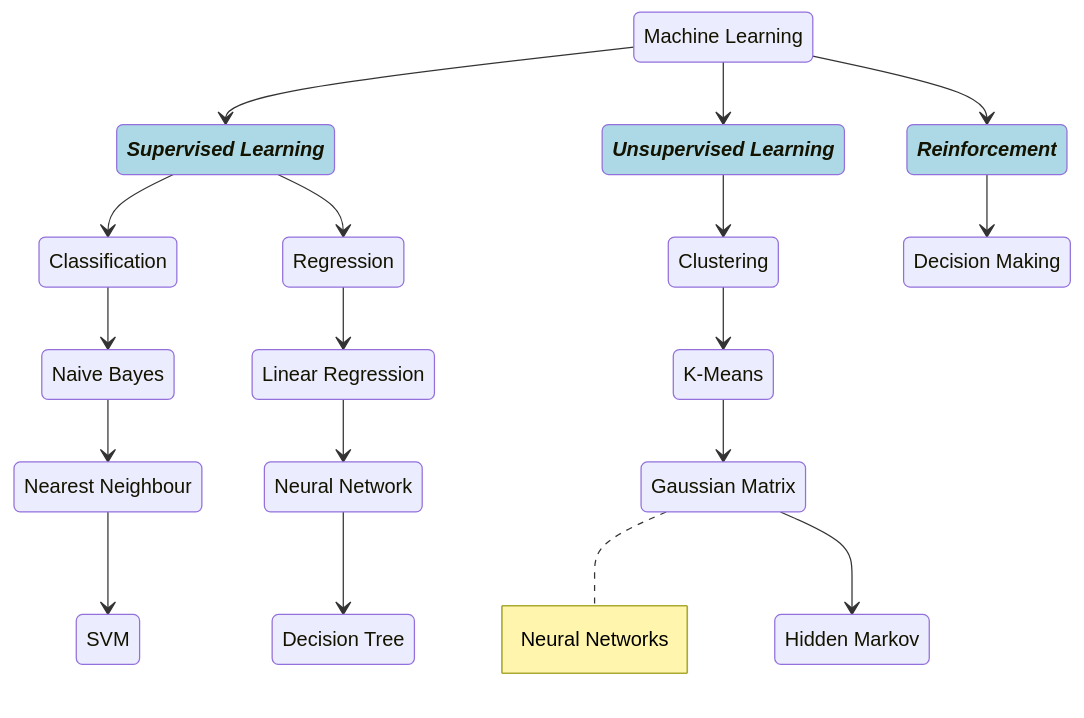
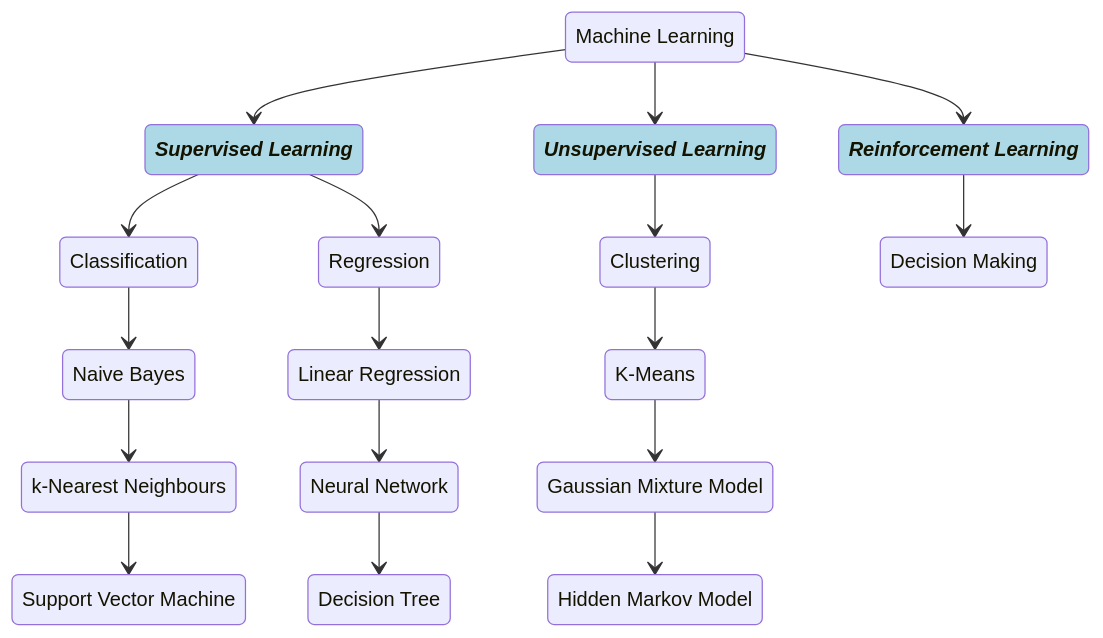
Before and after one commit to arshadhs/arshadhs.github.io: the diagram in content/docs/ai/ml.md, drawn with Mermaid. The commit also changed other lines of this file and 12 other files, not shown here.

```diff
--- a/content/docs/ai/ml.md
+++ b/content/docs/ai/ml.md
@@ -16,37 +15,41 @@
-{{<mermaid>}}
+{{< mermaid >}}
 stateDiagram-v2
-	classDef ahsState font-style:italic,font-weight:bold,fill:lightblue
-    State1: Machine Learning
-	State1 --> SL:::ahsState
-	SL: Supervised Learning
+    classDef ahsState font-style:italic,font-weight:bold,fill:lightblue
 
-	SL --> 	Classification
-	Classification --> NB
-	NB: Naive Bayes
-	NB --> NN
-	NN: Nearest Neighbour
-	NN --> SVM
-	SL --> 	Regression
-	Regression --> LR
-	LR: Linear Regression
-	LR --> NNetwork
-	NNetwork: Neural Network
-	NNetwork --> DT
-	DT: Decision Tree
-	State1 --> USL:::ahsState
-	USL: Unsupervised Learning
-	USL --> Clustering
-	Clustering --> KM
-	KM: K-Means
-	KM --> GM
-	GM : Gaussian Matrix
-	note right of GM
-		Neural Networks
-	end note
-	GM --> HM
-	HM : Hidden Markov
-	State1 --> Reinforcement:::ahsState
-	Reinforcement --> DM
-	DM: Decision Making
+    ML: Machine Learning
 
-{{</mermaid>}}
+    ML --> SL:::ahsState
+    SL: Supervised Learning
+
+    SL --> Classification
+    Classification --> NB
+    NB: Naive Bayes
+    NB --> KNN
+    KNN: k-Nearest Neighbours
+    KNN --> SVM
+    SVM: Support Vector Machine
+
+    SL --> Regression
+    Regression --> LR
+    LR: Linear Regression
+    LR --> NN
+    NN: Neural Network
+    NN --> DT
+    DT: Decision Tree
+
+    ML --> USL:::ahsState
+    USL: Unsupervised Learning
+
+    USL --> Clustering
+    Clustering --> KM
+    KM: K-Means
+    KM --> GMM
+    GMM: Gaussian Mixture Model
+    GMM --> HMM
+    HMM: Hidden Markov Model
+
+    ML --> RL:::ahsState
+    RL: Reinforcement Learning
+    RL --> DM
+    DM: Decision Making
+{{< /mermaid >}}
```
